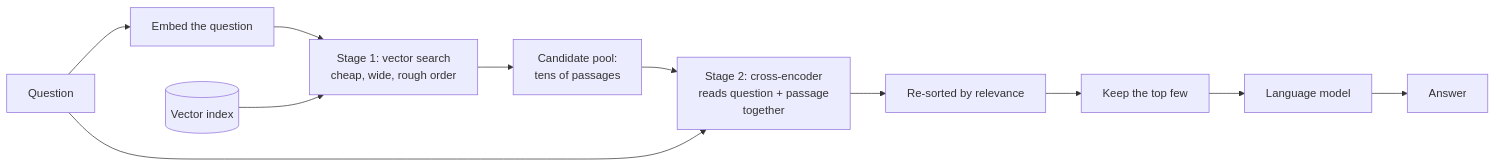
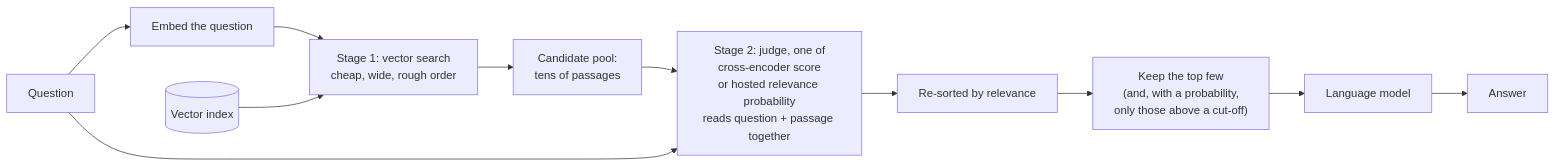
Before and after one commit to jjaaxx44/genai-personal-lab-rag: the second of 2 diagrams in app/demos/rag/rerank/README.md, drawn with Mermaid. The commit also changed other lines of this file and 10 other files, not shown here.

````diff
--- a/app/demos/rag/rerank/README.md
+++ b/app/demos/rag/rerank/README.md
@@ -20,13 +22,13 @@
 ```mermaid
 flowchart LR
   Q["Question"] --> E["Embed the question"]
   E --> S["Stage 1: vector search<br/>cheap, wide, rough order"]
   I[("Vector index")] --> S
   S --> P["Candidate pool:<br/>tens of passages"]
-  P --> X["Stage 2: cross-encoder<br/>reads question + passage<br/>together"]
+  P --> X["Stage 2: judge, one of<br/>cross-encoder score<br/>or hosted relevance probability<br/>reads question + passage together"]
   Q --> X
   X --> R["Re-sorted by relevance"]
-  R --> T["Keep the top few"]
+  R --> T["Keep the top few<br/>(and, with a probability,<br/>only those above a cut-off)"]
   T --> L["Language model"]
   L --> A["Answer"]
 ```
````
